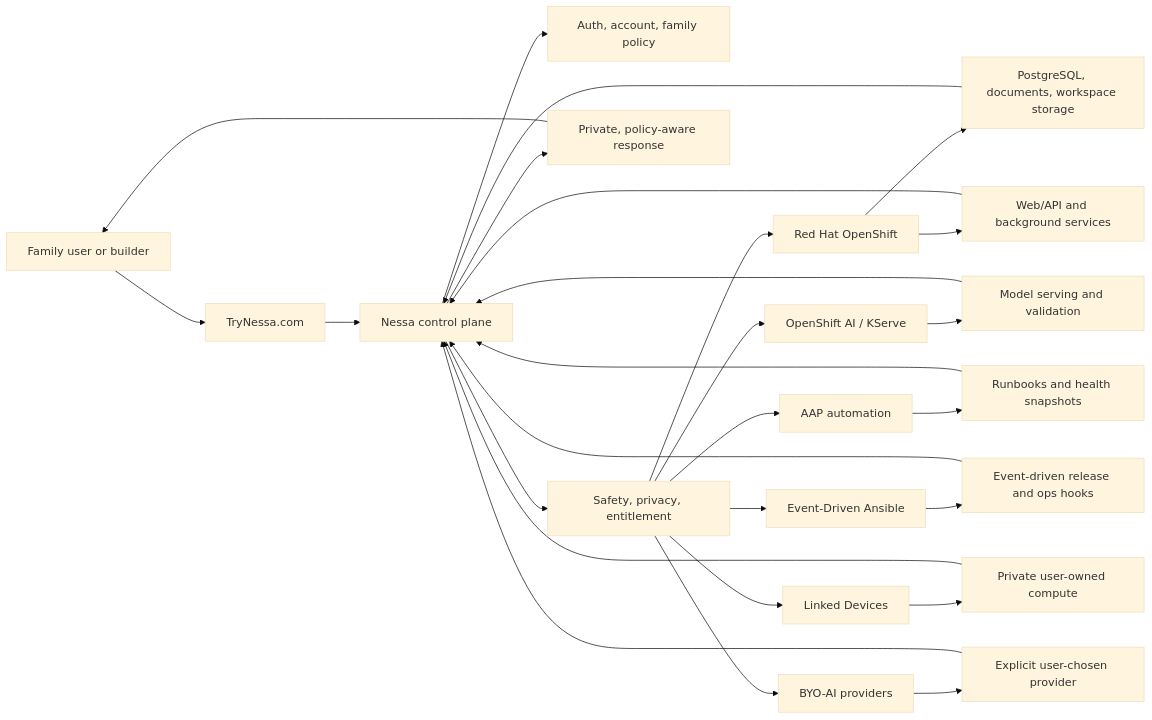
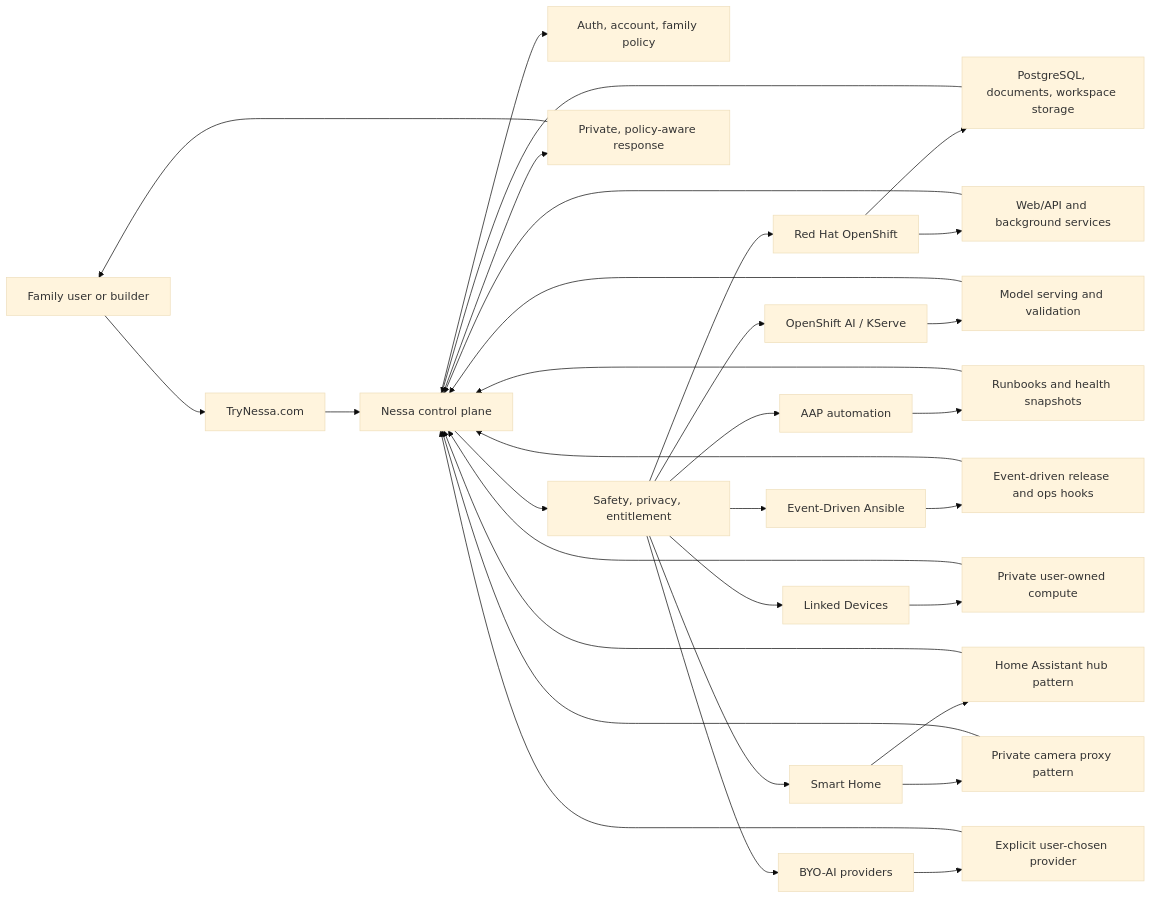
Before and after one commit to m1xmstr/core-based-ocp: the diagram in docs/diagrams/nessa-reference-architecture.md, drawn with Mermaid (base theme). The commit also changed 7 other files, not shown here.

Commit message:
docs: add smart home and upstream attribution

````diff
--- a/docs/diagrams/nessa-reference-architecture.md
+++ b/docs/diagrams/nessa-reference-architecture.md
@@ -5,31 +5,36 @@
 ```mermaid
 flowchart LR
   User["Family user or builder"] --> Public["TryNessa.com"]
   Public --> Control["Nessa control plane"]
   Control --> Auth["Auth, account, family policy"]
   Control --> Safety["Safety, privacy, entitlement"]
   Safety --> OCP["Red Hat OpenShift"]
   Safety --> RHOAI["OpenShift AI / KServe"]
   Safety --> AAP["AAP automation"]
   Safety --> EDA["Event-Driven Ansible"]
   Safety --> Devices["Linked Devices"]
+  Safety --> Home["Smart Home"]
   Safety --> BYO["BYO-AI providers"]
 
   OCP --> Data["PostgreSQL, documents, workspace storage"]
   OCP --> Web["Web/API and background services"]
   RHOAI --> Models["Model serving and validation"]
   AAP --> Ops["Runbooks and health snapshots"]
   EDA --> Events["Event-driven release and ops hooks"]
   Devices --> Private["Private user-owned compute"]
+  Home --> HA["Home Assistant hub pattern"]
+  Home --> Cameras["Private camera proxy pattern"]
   BYO --> External["Explicit user-chosen provider"]
 
   Data --> Control
   Web --> Control
   Models --> Control
   Ops --> Control
   Events --> Control
   Private --> Control
+  HA --> Control
+  Cameras --> Control
   External --> Control
   Control --> Response["Private, policy-aware response"]
   Response --> User
 ```
````
